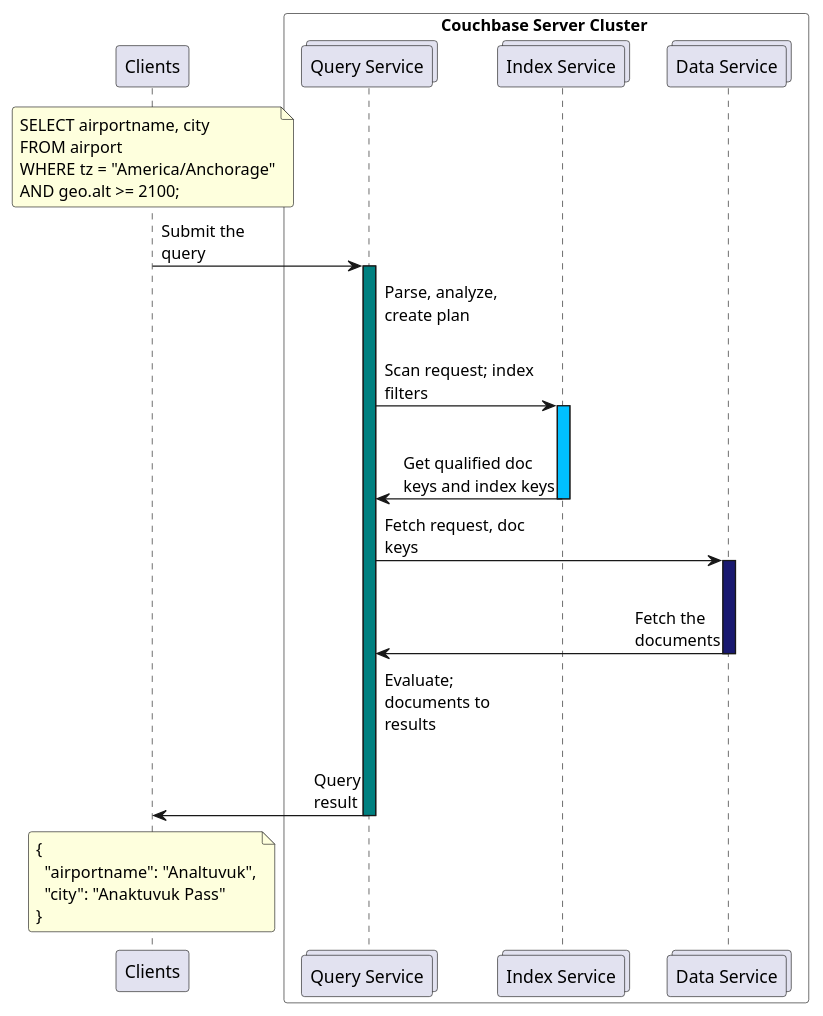
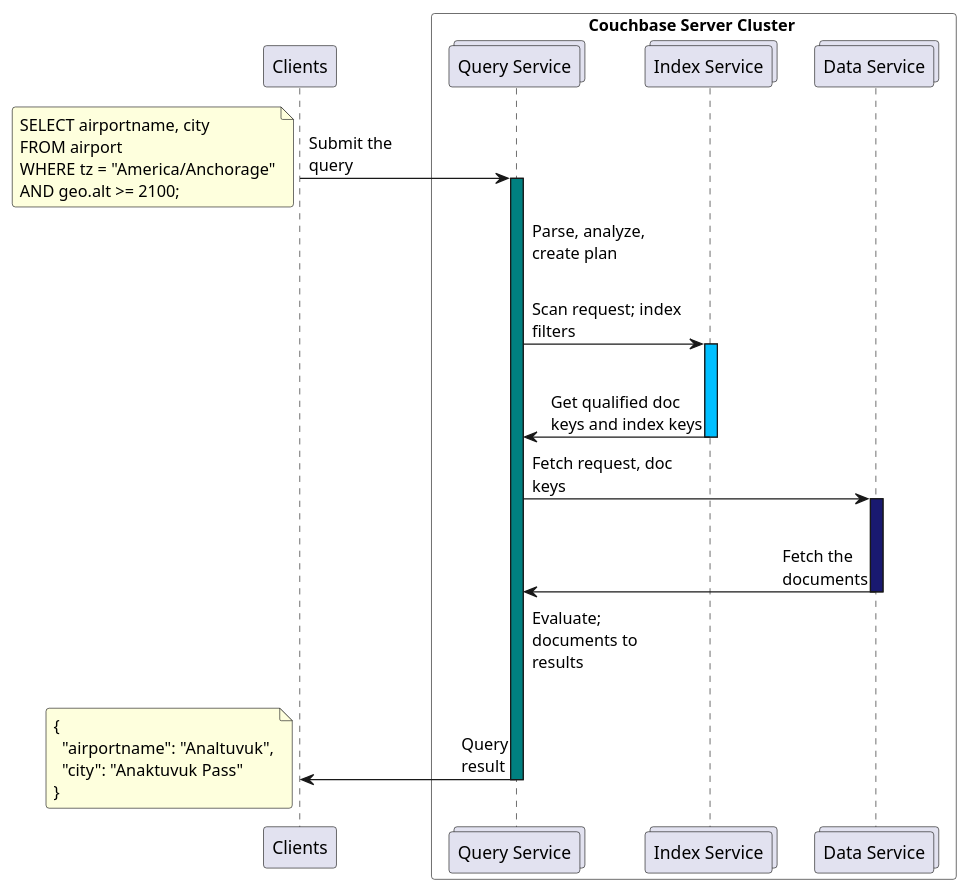
One commit to couchbase/docs-server changed the diagram in modules/learn/partials/diagrams/query-execution.puml. Above: the diagram before and after it, drawn with PlantUML.

Commit message:
Adjust query execution diagram to reduce height

```diff
--- a/modules/learn/partials/diagrams/query-execution.puml
+++ b/modules/learn/partials/diagrams/query-execution.puml
@@ -1,64 +1,63 @@
 @startuml query_execution
 
 skinparam maxMessageSize 125
 skinparam roundcorner 5
 skinparam responseMessageBelowArrow true
 skinparam sequenceMessageAlign direction
 skinparam ParticipantPadding 10
 skinparam BoxPadding 60
 skinparam box {
 BackgroundColor PaleGreen
 ArrowColor SeaGreen
 BorderColor SpringGreen
 }
 
 participant Clients
 
 box Couchbase Server Cluster #White
 collections "Query Service" as Query
 collections "Index Service" as Index
 collections "Data Service" as Data
 end box
 
-' autonumber "##."
+Clients -> Query: Submit the\nquery
+activate Query #teal
 ' tag::example[]
-note over Clients
+note left
   SELECT airportname, city
   FROM airport
   WHERE tz = "America/Anchorage"
   AND geo.alt >= 2100;
 end note
 ' end::example[]
-Clients -> Query: Submit the\nquery
-activate Query #teal
 
 Query -[#transparent]-> Query: Parse, analyze, create plan
 
 Query -> Index: Scan request; index filters
 activate Index #deepskyblue
 |||
 Index -> Query: Get qualified doc keys and index keys
 deactivate Index
 
 ' tag::fetch[]
 Query -> Data: Fetch request, doc keys
 activate Data #midnightblue
 |||
 Data -> Query: Fetch the\ndocuments
 deactivate Data
 ' end::fetch[]
 
 Query -[#transparent]> Query: Evaluate; documents to results
 
 Query -> Clients: Query\nresult
 deactivate Query
 ' tag::example[]
-note over Clients
+note left
   {
     "airportname": "Analtuvuk",
     "city": "Anaktuvuk Pass"
   }
 end note
 ' end::example[]
 
 @enduml
```
